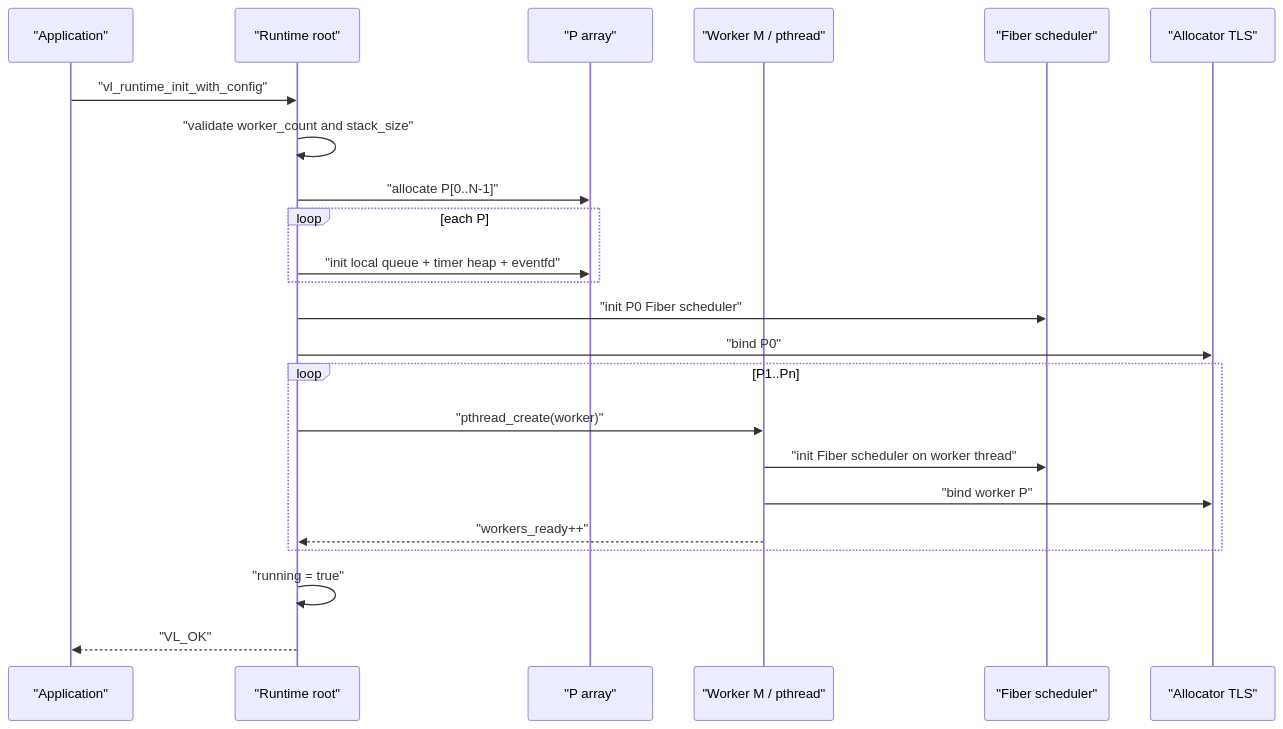
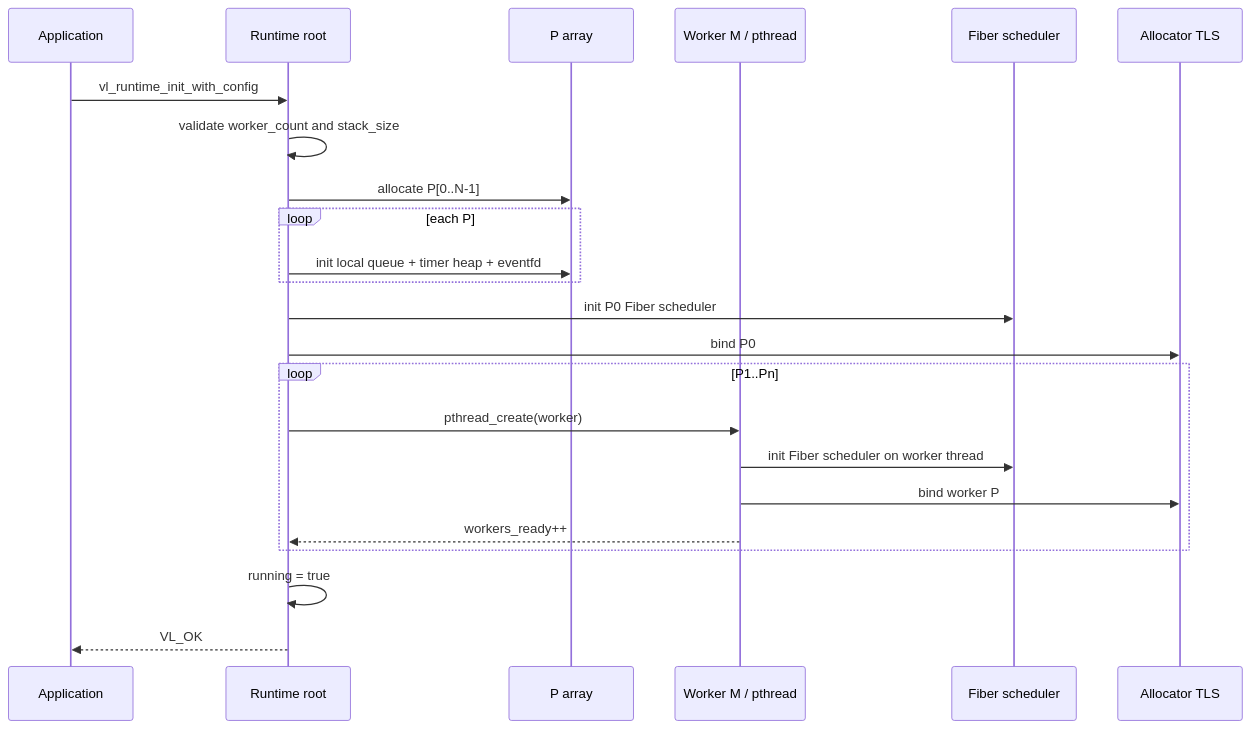
Before and after one commit to nobody0726/veloco: the second of 24 diagrams in docs/domain/domain-model-and-flows.md, drawn with Mermaid. The commit also changed other lines of this file and 1 other file, not shown here.

First line of the commit message:
Make GitHub Mermaid diagrams render consistently

````diff
--- a/docs/domain/domain-model-and-flows.md
+++ b/docs/domain/domain-model-and-flows.md
@@ -311,26 +311,26 @@
 ```mermaid
 sequenceDiagram
-    participant A as "Application"
-    participant R as "Runtime root"
-    participant P as "P array"
-    participant M as "Worker M / pthread"
-    participant F as "Fiber scheduler"
-    participant T as "Allocator TLS"
+    participant A as Application
+    participant R as Runtime root
+    participant P as P array
+    participant M as Worker M / pthread
+    participant F as Fiber scheduler
+    participant T as Allocator TLS
 
-    A->>R: "vl_runtime_init_with_config"
-    R->>R: "validate worker_count and stack_size"
-    R->>P: "allocate P[0..N-1]"
+    A->>R: vl_runtime_init_with_config
+    R->>R: validate worker_count and stack_size
+    R->>P: allocate P[0..N-1]
     loop each P
-        R->>P: "init local queue + timer heap + eventfd"
+        R->>P: init local queue + timer heap + eventfd
     end
-    R->>F: "init P0 Fiber scheduler"
-    R->>T: "bind P0"
+    R->>F: init P0 Fiber scheduler
+    R->>T: bind P0
     loop P1..Pn
-        R->>M: "pthread_create(worker)"
-        M->>F: "init Fiber scheduler on worker thread"
-        M->>T: "bind worker P"
-        M-->>R: "workers_ready++"
+        R->>M: pthread_create(worker)
+        M->>F: init Fiber scheduler on worker thread
+        M->>T: bind worker P
+        M-->>R: workers_ready++
     end
-    R->>R: "running = true"
-    R-->>A: "VL_OK"
+    R->>R: running = true
+    R-->>A: VL_OK
 ```
````
